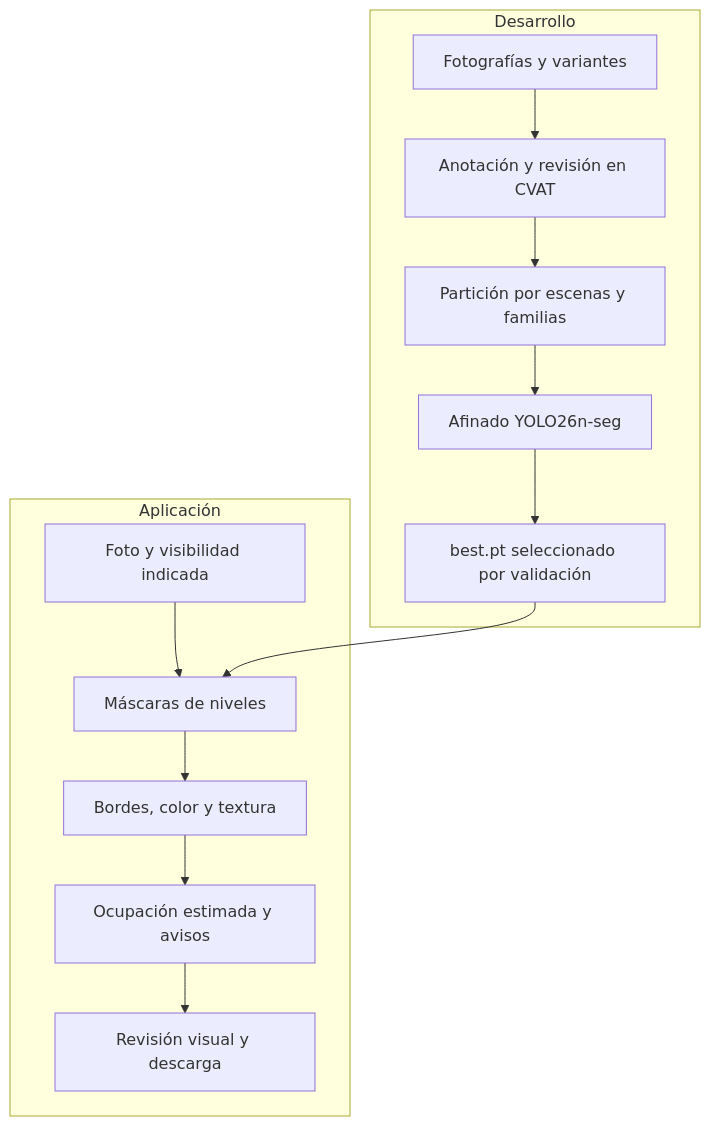
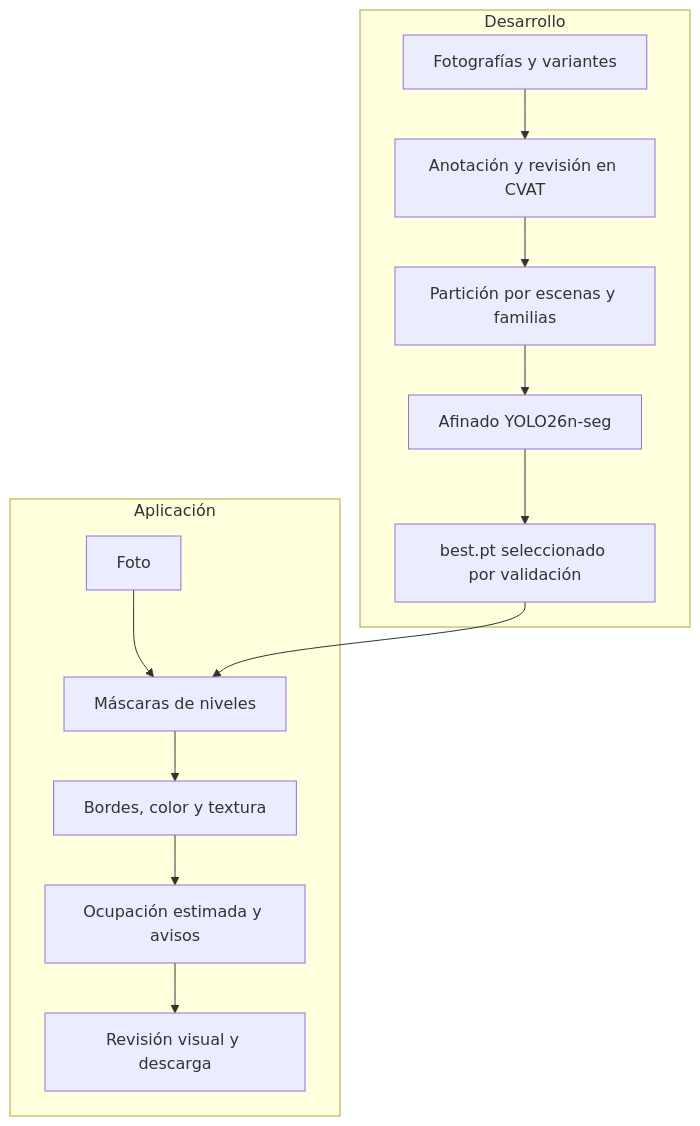
The first of 2 diagrams in README.md (vcanio/Capstone2026), drawn with Mermaid before and after one commit. The commit also changed other lines of this file and 20 other files, not shown here.

````diff
--- a/README.md
+++ b/README.md
@@ -209,16 +204,16 @@
 ```mermaid
 flowchart TB
     subgraph Desarrollo
         A[Fotografías y variantes] --> B[Anotación y revisión en CVAT]
         B --> C[Partición por escenas y familias]
         C --> D[Afinado YOLO26n-seg]
         D --> E[best.pt seleccionado por validación]
     end
     subgraph Aplicación
-        F[Foto y visibilidad indicada] --> G[Máscaras de niveles]
+        F[Foto] --> G[Máscaras de niveles]
         E --> G
         G --> H[Bordes, color y textura]
         H --> I[Ocupación estimada y avisos]
         I --> J[Revisión visual y descarga]
     end
 ```
````
